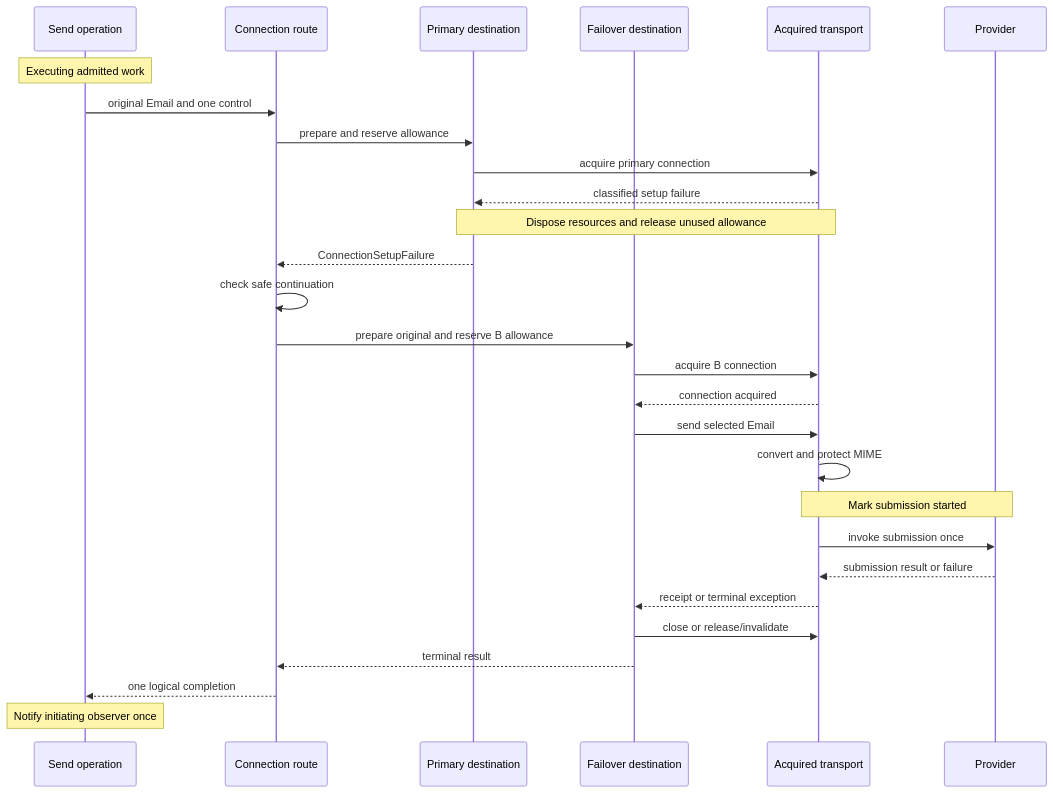
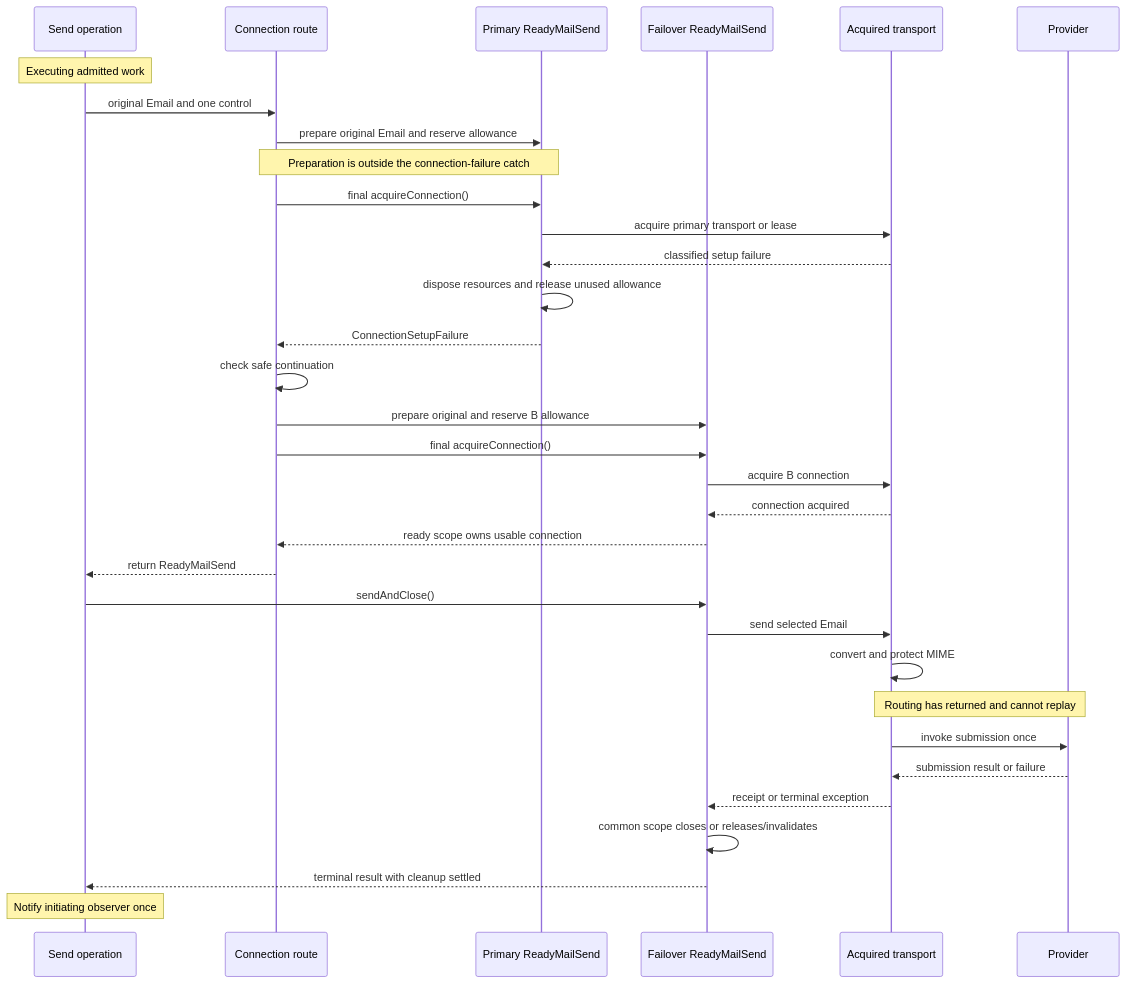
Before and after one commit to bbottema/simple-java-mail: the third of 6 diagrams in docs/failover/architecture.md, drawn with Mermaid. The commit also changed other lines of this file and 17 other files, not shown here.

````diff
--- a/docs/failover/architecture.md
+++ b/docs/failover/architecture.md
@@ -190,30 +220,35 @@
 ```mermaid
 sequenceDiagram
     participant Op as Send operation
     participant Route as Connection route
-    participant A as Primary destination
-    participant B as Failover destination
+    participant A as Primary ReadyMailSend
+    participant B as Failover ReadyMailSend
     participant Conn as Acquired transport
     participant Provider
     Note over Op: Executing admitted work
     Op->>Route: original Email and one control
-    Route->>A: prepare and reserve allowance
-    A->>Conn: acquire primary connection
+    Route->>A: prepare original Email and reserve allowance
+    Note over Route,A: Preparation is outside the connection-failure catch
+    Route->>A: final acquireConnection()
+    A->>Conn: acquire primary transport or lease
     Conn-->>A: classified setup failure
-    Note over A,Conn: Dispose resources and release unused allowance
+    A->>A: dispose resources and release unused allowance
     A-->>Route: ConnectionSetupFailure
     Route->>Route: check safe continuation
     Route->>B: prepare original and reserve B allowance
+    Route->>B: final acquireConnection()
     B->>Conn: acquire B connection
     Conn-->>B: connection acquired
+    B-->>Route: ready scope owns usable connection
+    Route-->>Op: return ReadyMailSend
+    Op->>B: sendAndClose()
     B->>Conn: send selected Email
     Conn->>Conn: convert and protect MIME
-    Note over Conn,Provider: Mark submission started
+    Note over Conn,Provider: Routing has returned and cannot replay
     Conn->>Provider: invoke submission once
     Provider-->>Conn: submission result or failure
     Conn-->>B: receipt or terminal exception
-    B->>Conn: close or release/invalidate
-    B-->>Route: terminal result
-    Route-->>Op: one logical completion
+    B->>B: common scope closes or releases/invalidates
+    B-->>Op: terminal result with cleanup settled
     Note over Op: Notify initiating observer once
 ```
````
